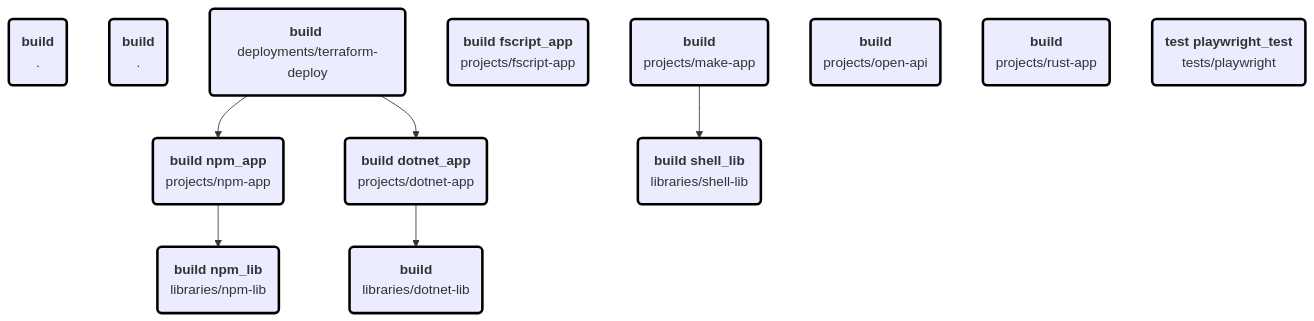
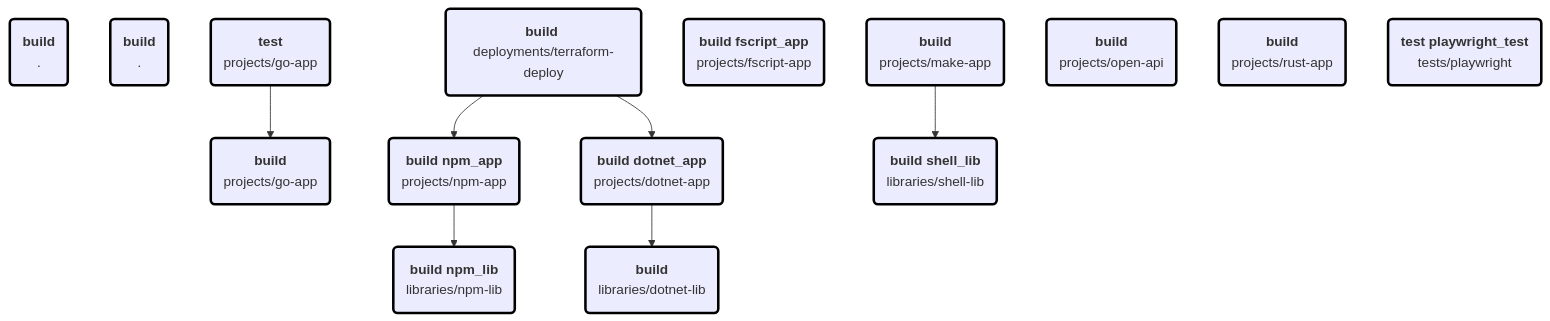
One commit to MagnusOpera/terrabuild changed the diagram in tests/simple/results/terrabuild-debug.info.md. Above: the diagram before and after it, drawn with Mermaid. The commit also changed 22 other files, not shown here.

````diff
--- a/tests/simple/results/terrabuild-debug.info.md
+++ b/tests/simple/results/terrabuild-debug.info.md
@@ -14,50 +14,57 @@
 ```mermaid
 flowchart TD
 classDef build stroke:red,stroke-width:3px
 classDef restore stroke:orange,stroke-width:3px
 classDef ignore stroke:black,stroke-width:3px
 1565C663A6AA8DD76CC475B61F6DA9891C4B6088668874E4C620C276749985A8("<b>build</b> 
 .")
 5FF221712FFC15D83449C90E8FCD4C9742CCDDDBD9437B76A2A3D29911DB071B("<b>build</b> 
 .")
+#go#github.com/MagnusOpera/terrabuild/tests/simple/go-app:build("<b>build</b> 
+projects/go-app")
+#go#github.com/MagnusOpera/terrabuild/tests/simple/go-app:test("<b>test</b> 
+projects/go-app")
 #pnpm#npm-app:build("<b>build npm_app</b> 
 projects/npm-app")
 #pnpm#npm-lib:build("<b>build npm_lib</b> 
 libraries/npm-lib")
 workspace/path#deployments/terraform-deploy:build("<b>build</b> 
 deployments/terraform-deploy")
 workspace/path#libraries/dotnet-lib:build("<b>build</b> 
 libraries/dotnet-lib")
 workspace/path#libraries/shell-lib:build("<b>build shell_lib</b> 
 libraries/shell-lib")
 workspace/path#projects/dotnet-app:build("<b>build dotnet_app</b> 
 projects/dotnet-app")
 workspace/path#projects/fscript-app:build("<b>build fscript_app</b> 
 projects/fscript-app")
 workspace/path#projects/make-app:build("<b>build</b> 
 projects/make-app")
 workspace/path#projects/open-api:build("<b>build</b> 
 projects/open-api")
 workspace/path#projects/rust-app:build("<b>build</b> 
 projects/rust-app")
 workspace/path#tests/playwright:test("<b>test playwright_test</b> 
 tests/playwright")
 class 1565C663A6AA8DD76CC475B61F6DA9891C4B6088668874E4C620C276749985A8 ignore
 class 5FF221712FFC15D83449C90E8FCD4C9742CCDDDBD9437B76A2A3D29911DB071B ignore
+class #go#github.com/MagnusOpera/terrabuild/tests/simple/go-app:build ignore
+#go#github.com/MagnusOpera/terrabuild/tests/simple/go-app:test --> #go#github.com/MagnusOpera/terrabuild/tests/simple/go-app:build
+class #go#github.com/MagnusOpera/terrabuild/tests/simple/go-app:test ignore
 #pnpm#npm-app:build --> #pnpm#npm-lib:build
 class #pnpm#npm-app:build ignore
 class #pnpm#npm-lib:build ignore
 workspace/path#deployments/terraform-deploy:build --> #pnpm#npm-app:build
 workspace/path#deployments/terraform-deploy:build --> workspace/path#projects/dotnet-app:build
 class workspace/path#deployments/terraform-deploy:build ignore
 class workspace/path#libraries/dotnet-lib:build ignore
 class workspace/path#libraries/shell-lib:build ignore
 workspace/path#projects/dotnet-app:build --> workspace/path#libraries/dotnet-lib:build
 class workspace/path#projects/dotnet-app:build ignore
 class workspace/path#projects/fscript-app:build ignore
 workspace/path#projects/make-app:build --> workspace/path#libraries/shell-lib:build
 class workspace/path#projects/make-app:build ignore
 class workspace/path#projects/open-api:build ignore
 class workspace/path#projects/rust-app:build ignore
 class workspace/path#tests/playwright:test ignore
 ```
````
